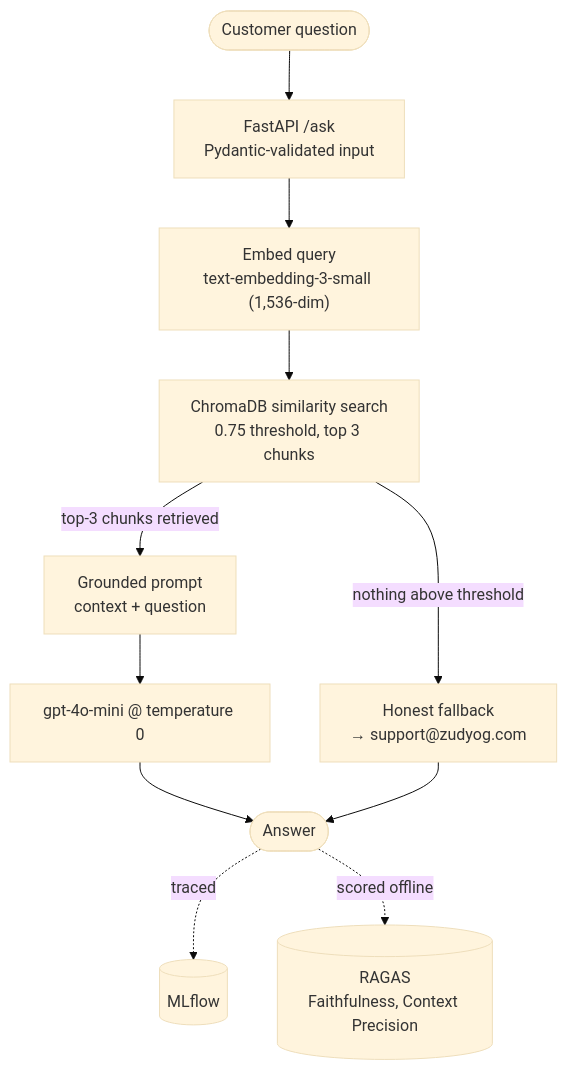
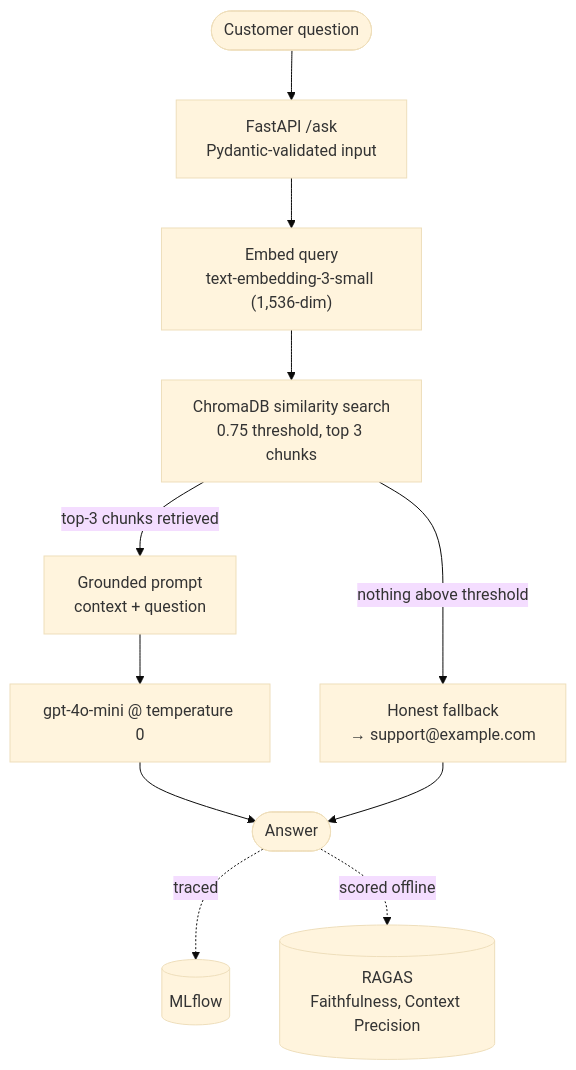
Before and after one commit to balajihambeere/rag-essentials: the second of 2 diagrams in README.md, drawn with Mermaid (base theme). The commit also changed other lines of this file and 25 other files, not shown here.

````diff
--- a/README.md
+++ b/README.md
@@ -59,13 +59,13 @@
 ```mermaid
 flowchart TD
     Q(["Customer question"]) --> API["FastAPI /ask<br/>Pydantic-validated input"]
     API --> EMBED["Embed query<br/>text-embedding-3-small (1,536-dim)"]
     EMBED --> SEARCH["ChromaDB similarity search<br/>0.75 threshold, top 3 chunks"]
-    SEARCH -->|"nothing above threshold"| FALLBACK["Honest fallback<br/>→ support@zudyog.com"]
+    SEARCH -->|"nothing above threshold"| FALLBACK["Honest fallback<br/>→ support@example.com"]
     SEARCH -->|"top-3 chunks retrieved"| PROMPT["Grounded prompt<br/>context + question"]
     PROMPT --> LLM["gpt-4o-mini @ temperature 0"]
     LLM --> ANSWER(["Answer"])
     FALLBACK --> ANSWER
     ANSWER -.->|traced| MLFLOW[("MLflow")]
     ANSWER -.->|scored offline| RAGAS[("RAGAS<br/>Faithfulness, Context Precision")]
 ```
````
